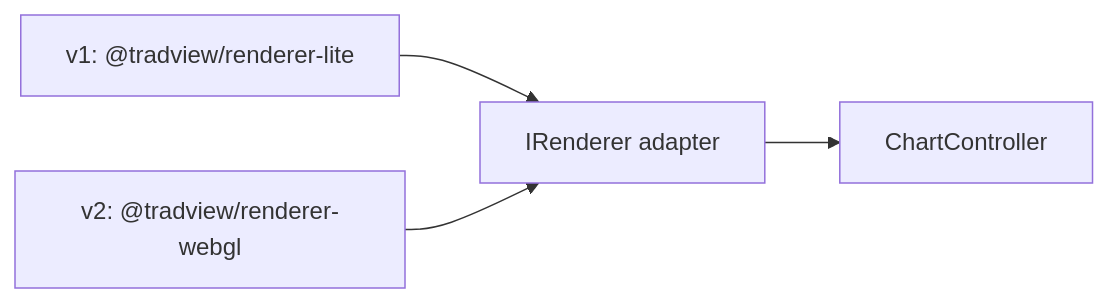
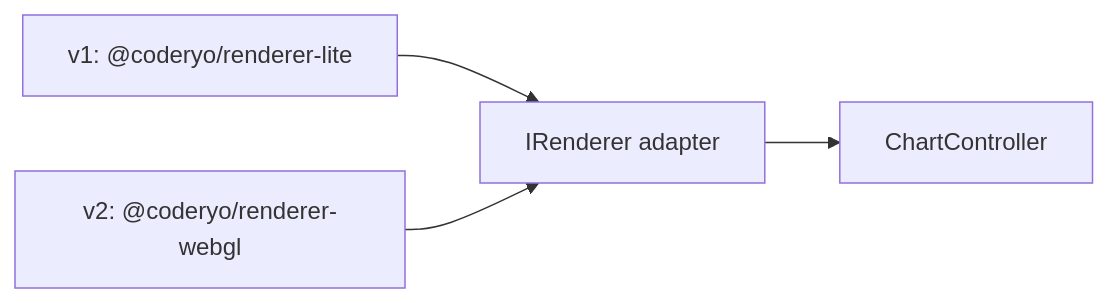
The tenth of 11 diagrams in docs/DESIGN.md (CodeRyoStudio/tradview), drawn with Mermaid before and after one commit. The commit also changed other lines of this file and 87 other files, not shown here.

Commit message:
refactor!: rename npm scope @tradview to @coderyo

````diff
--- a/docs/DESIGN.md
+++ b/docs/DESIGN.md
@@ -1277,6 +1277,6 @@
 ```mermaid
 flowchart LR
-  V1["v1: @tradview/renderer-lite"] --> Adapter["IRenderer adapter"]
-  V2["v2: @tradview/renderer-webgl"] --> Adapter
+  V1["v1: @coderyo/renderer-lite"] --> Adapter["IRenderer adapter"]
+  V2["v2: @coderyo/renderer-webgl"] --> Adapter
   Adapter --> Core["ChartController"]
 ```
````
